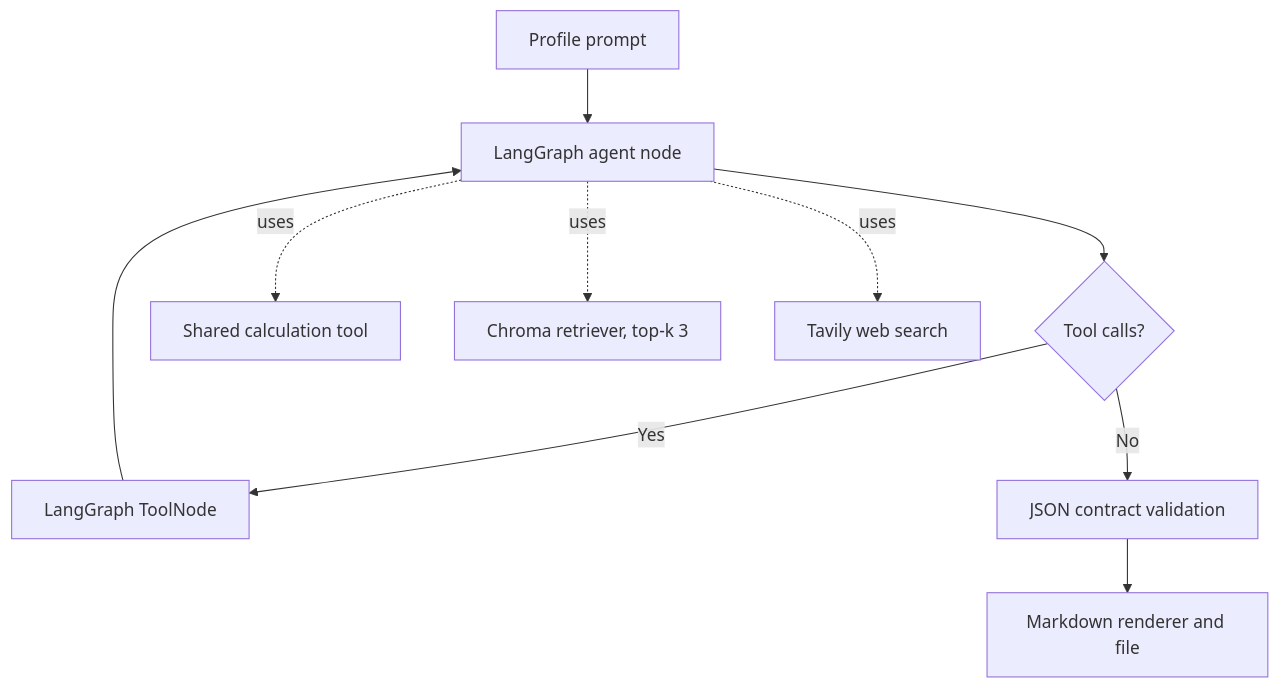
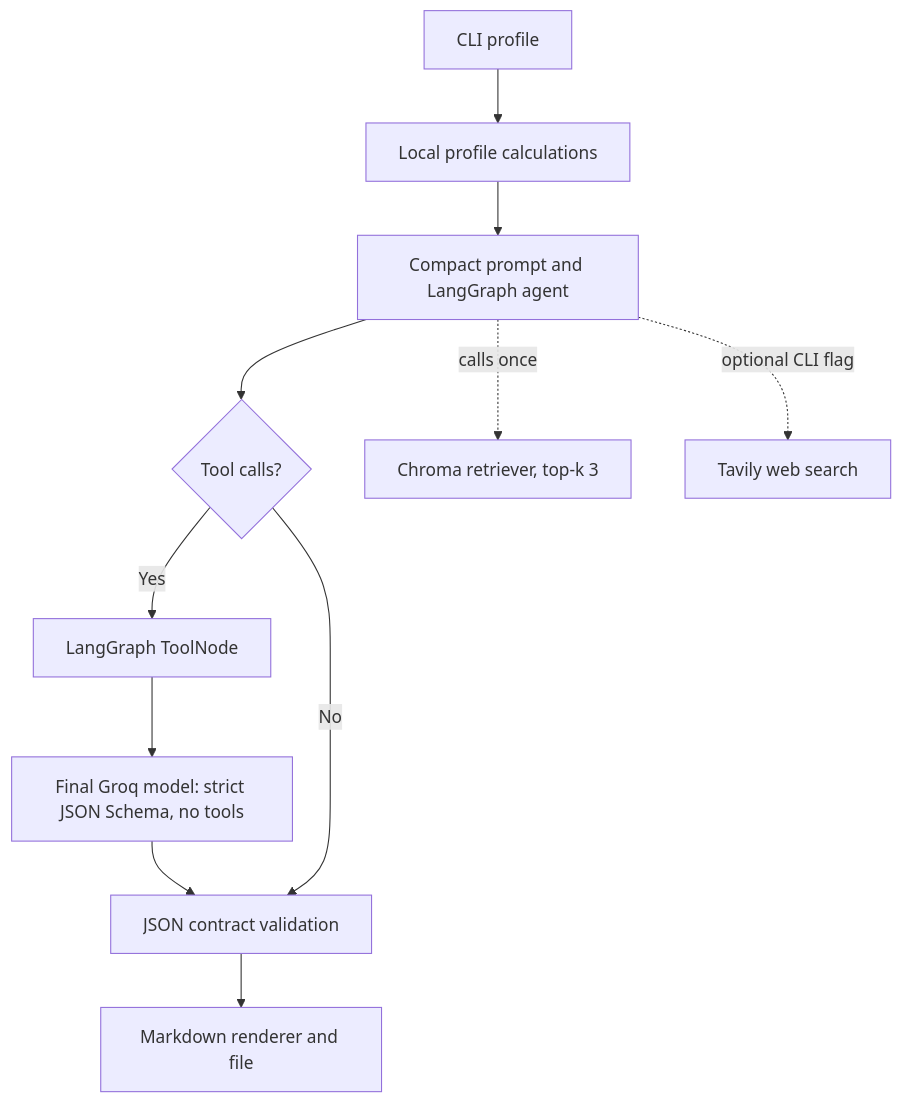
The second of 2 diagrams in docs/architecture.md (Amanda-Falcao/AI_Fitness_Coach), drawn with Mermaid before and after one commit. The commit also changed other lines of this file and 28 other files, not shown here.

````diff
--- a/docs/architecture.md
+++ b/docs/architecture.md
@@ -49,12 +49,13 @@
 ```mermaid
 flowchart TD
-    A[Profile prompt] --> B[LangGraph agent node]
+    A[CLI profile] --> G[Local profile calculations]
+    G --> B[Compact prompt and LangGraph agent]
     B --> C{Tool calls?}
     C -- Yes --> D[LangGraph ToolNode]
-    D --> B
+    D --> J[Final Groq model: strict JSON Schema, no tools]
+    J --> E[JSON contract validation]
     C -- No --> E[JSON contract validation]
     E --> F[Markdown renderer and file]
-    B -. uses .-> G[Shared calculation tool]
-    B -. uses .-> H[Chroma retriever, top-k 3]
-    B -. uses .-> I[Tavily web search]
+    B -. calls once .-> H[Chroma retriever, top-k 3]
+    B -. optional CLI flag .-> I[Tavily web search]
 ```
````
